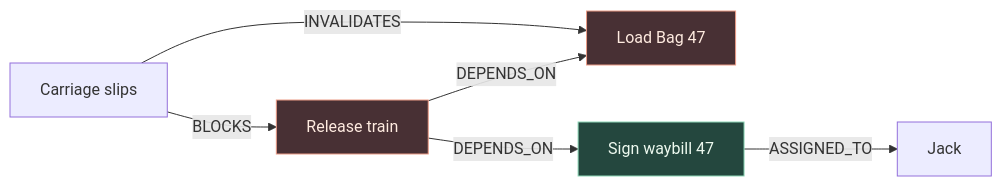
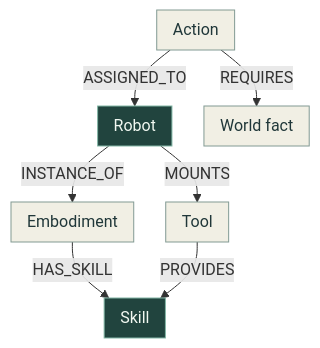
The second of 2 diagrams in README.md (ValerioBelcamino/Moonmail), drawn with Mermaid before and after one commit. The commit also changed other lines of this file and 1 other file, not shown here.

Commit message:
Explain fleet dispatch and show what survives replanning

````diff
--- a/README.md
+++ b/README.md
@@ -32,14 +49,22 @@
 ```mermaid
-flowchart LR
-    accTitle: Which jobs does a fork failure affect?
-    accDescr: The slip invalidates loading and blocks departure. Departure also needs a signature, which is still assigned to Jack.
-    slip["Carriage slips"] -->|INVALIDATES| load["Load Bag 47"]
-    slip -->|BLOCKS| depart["Release train"]
-    depart -->|DEPENDS_ON| load
-    depart -->|DEPENDS_ON| sign["Sign waybill 47"]
-    sign -->|ASSIGNED_TO| jack["Jack"]
-    classDef affected fill:#483034,stroke:#eb9b86,color:#ffebe0
-    classDef valid fill:#24473e,stroke:#8dd7b7,color:#edf9ef
-    class depart,load affected
-    class sign valid
+---
+config:
+  flowchart:
+    padding: 8
+    nodeSpacing: 32
+    rankSpacing: 32
+---
+flowchart TB
+    accTitle: How an assigned action connects to the fleet and current state
+    accDescr: An action is assigned to a robot and requires world facts. The robot has a chassis and can mount a tool. For a tool-dependent skill, both paths reach the same skill.
+    action[Action] -->|ASSIGNED_TO| robot[Robot]
+    action -->|REQUIRES| fact[World fact]
+    robot -->|INSTANCE_OF| body[Embodiment]
+    robot -->|MOUNTS| tool[Tool]
+    body -->|HAS_SKILL| skill[Skill]
+    tool -->|PROVIDES| skill
+    classDef connected fill:#21443e,stroke:#83b7a6,color:#f1f8f1
+    classDef entity fill:#f1efe4,stroke:#829a93,color:#203739
+    class action,body,tool,fact entity
+    class robot,skill connected
 ```
````
